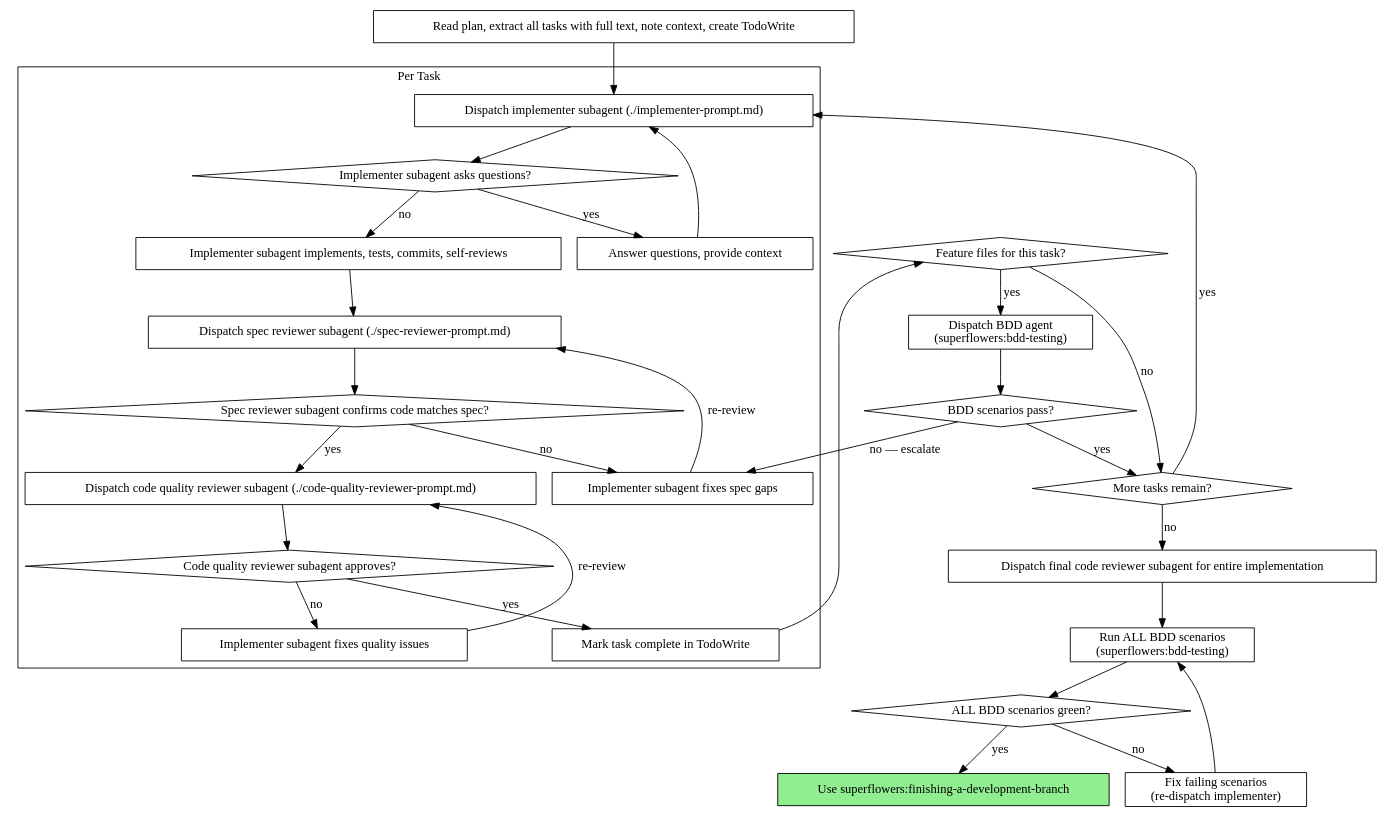
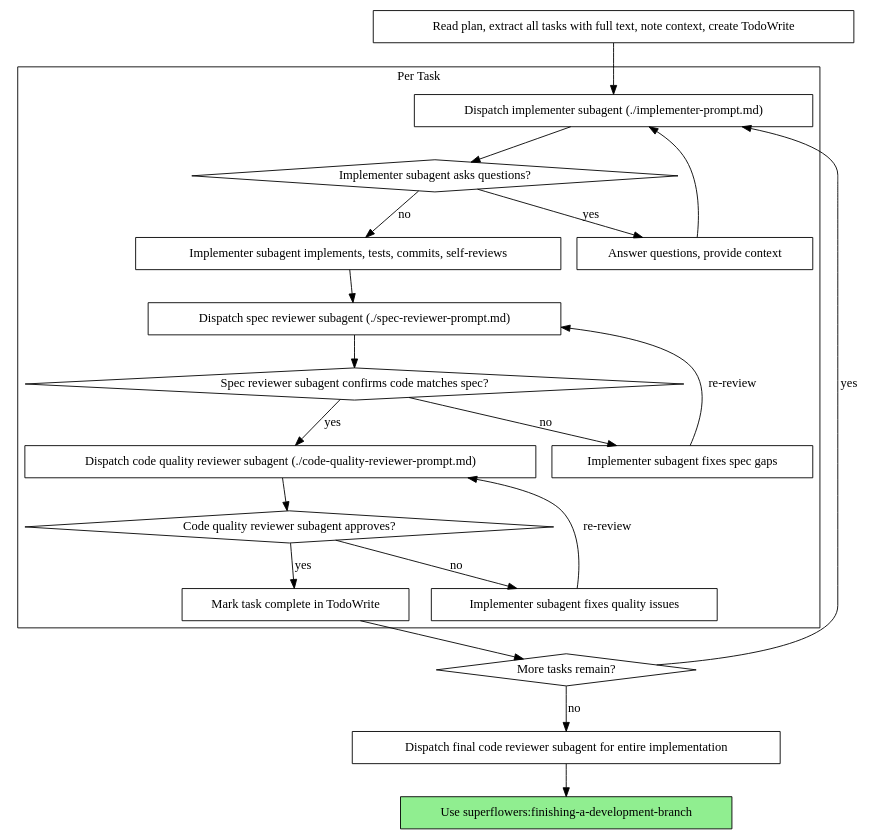
Before and after one commit to florian23/superflowers: the second of 2 diagrams in skills/subagent-driven-development/SKILL.md, drawn with Graphviz. The commit also changed other lines of this file and 6 other files, not shown here.

````diff
--- a/skills/subagent-driven-development/SKILL.md
+++ b/skills/subagent-driven-development/SKILL.md
@@ -42,61 +42,44 @@
 ```dot
 digraph process {
     rankdir=TB;
 
     subgraph cluster_per_task {
         label="Per Task";
         "Dispatch implementer subagent (./implementer-prompt.md)" [shape=box];
         "Implementer subagent asks questions?" [shape=diamond];
         "Answer questions, provide context" [shape=box];
         "Implementer subagent implements, tests, commits, self-reviews" [shape=box];
         "Dispatch spec reviewer subagent (./spec-reviewer-prompt.md)" [shape=box];
         "Spec reviewer subagent confirms code matches spec?" [shape=diamond];
         "Implementer subagent fixes spec gaps" [shape=box];
         "Dispatch code quality reviewer subagent (./code-quality-reviewer-prompt.md)" [shape=box];
         "Code quality reviewer subagent approves?" [shape=diamond];
         "Implementer subagent fixes quality issues" [shape=box];
         "Mark task complete in TodoWrite" [shape=box];
     }
 
     "Read plan, extract all tasks with full text, note context, create TodoWrite" [shape=box];
     "More tasks remain?" [shape=diamond];
     "Dispatch final code reviewer subagent for entire implementation" [shape=box];
     "Use superflowers:finishing-a-development-branch" [shape=box style=filled fillcolor=lightgreen];
 
     "Read plan, extract all tasks with full text, note context, create TodoWrite" -> "Dispatch implementer subagent (./implementer-prompt.md)";
     "Dispatch implementer subagent (./implementer-prompt.md)" -> "Implementer subagent asks questions?";
     "Implementer subagent asks questions?" -> "Answer questions, provide context" [label="yes"];
     "Answer questions, provide context" -> "Dispatch implementer subagent (./implementer-prompt.md)";
     "Implementer subagent asks questions?" -> "Implementer subagent implements, tests, commits, self-reviews" [label="no"];
     "Implementer subagent implements, tests, commits, self-reviews" -> "Dispatch spec reviewer subagent (./spec-reviewer-prompt.md)";
     "Dispatch spec reviewer subagent (./spec-reviewer-prompt.md)" -> "Spec reviewer subagent confirms code matches spec?";
     "Spec reviewer subagent confirms code matches spec?" -> "Implementer subagent fixes spec gaps" [label="no"];
     "Implementer subagent fixes spec gaps" -> "Dispatch spec reviewer subagent (./spec-reviewer-prompt.md)" [label="re-review"];
     "Spec reviewer subagent confirms code matches spec?" -> "Dispatch code quality reviewer subagent (./code-quality-reviewer-prompt.md)" [label="yes"];
     "Dispatch code quality reviewer subagent (./code-quality-reviewer-prompt.md)" -> "Code quality reviewer subagent approves?";
     "Code quality reviewer subagent approves?" -> "Implementer subagent fixes quality issues" [label="no"];
     "Implementer subagent fixes quality issues" -> "Dispatch code quality reviewer subagent (./code-quality-reviewer-prompt.md)" [label="re-review"];
     "Code quality reviewer subagent approves?" -> "Mark task complete in TodoWrite" [label="yes"];
-    "Feature files for this task?" [shape=diamond];
-    "Dispatch BDD agent\n(superflowers:bdd-testing)" [shape=box];
-    "BDD scenarios pass?" [shape=diamond];
-
-    "Mark task complete in TodoWrite" -> "Feature files for this task?";
-    "Feature files for this task?" -> "Dispatch BDD agent\n(superflowers:bdd-testing)" [label="yes"];
-    "Feature files for this task?" -> "More tasks remain?" [label="no"];
-    "Dispatch BDD agent\n(superflowers:bdd-testing)" -> "BDD scenarios pass?";
-    "BDD scenarios pass?" -> "More tasks remain?" [label="yes"];
-    "BDD scenarios pass?" -> "Implementer subagent fixes spec gaps" [label="no — escalate"];
-    "Run ALL BDD scenarios\n(superflowers:bdd-testing)" [shape=box];
-    "ALL BDD scenarios green?" [shape=diamond];
-    "Fix failing scenarios\n(re-dispatch implementer)" [shape=box];
-
+    "Mark task complete in TodoWrite" -> "More tasks remain?";
     "More tasks remain?" -> "Dispatch implementer subagent (./implementer-prompt.md)" [label="yes"];
     "More tasks remain?" -> "Dispatch final code reviewer subagent for entire implementation" [label="no"];
-    "Dispatch final code reviewer subagent for entire implementation" -> "Run ALL BDD scenarios\n(superflowers:bdd-testing)";
-    "Run ALL BDD scenarios\n(superflowers:bdd-testing)" -> "ALL BDD scenarios green?";
-    "ALL BDD scenarios green?" -> "Use superflowers:finishing-a-development-branch" [label="yes"];
-    "ALL BDD scenarios green?" -> "Fix failing scenarios\n(re-dispatch implementer)" [label="no"];
-    "Fix failing scenarios\n(re-dispatch implementer)" -> "Run ALL BDD scenarios\n(superflowers:bdd-testing)";
+    "Dispatch final code reviewer subagent for entire implementation" -> "Use superflowers:finishing-a-development-branch";
 }
 ```
````
